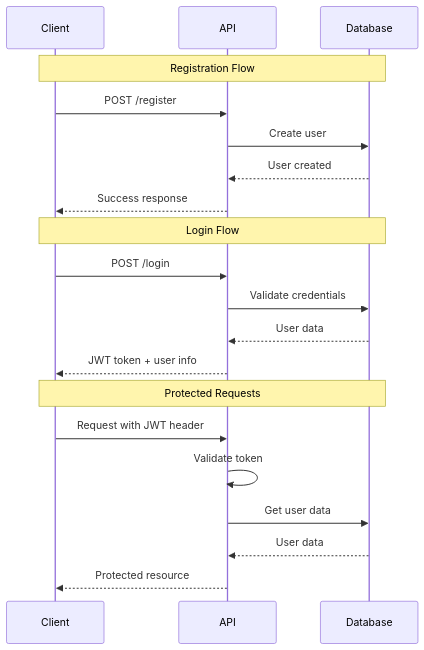
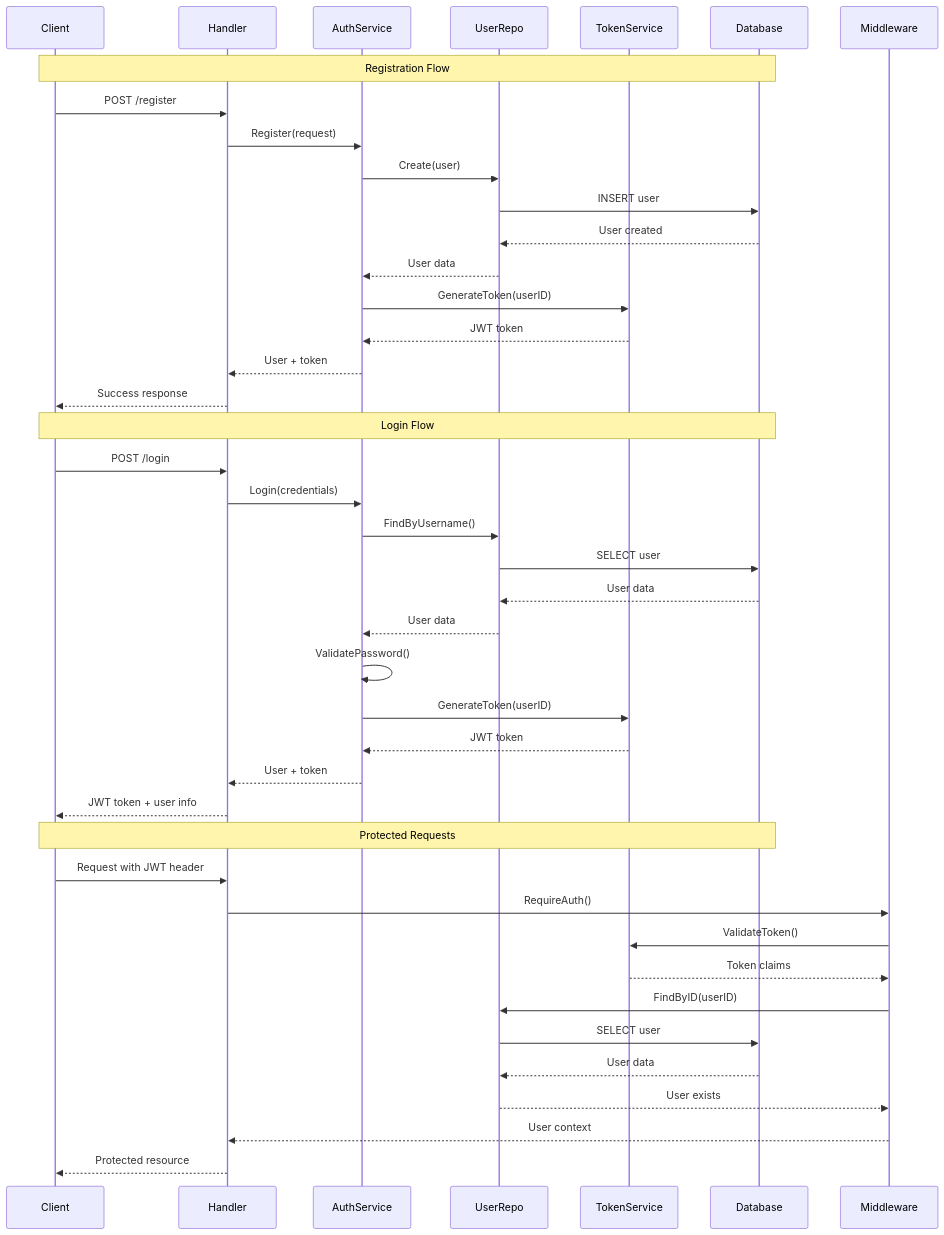
The diagram in docs/api/authentication.md (dnviti/web-app-CAA), drawn with Mermaid before and after one commit. The commit also changed other lines of this file and 38 other files, not shown here.

Commit message:
implemented jwt auth initial version and updated docs

````diff
--- a/docs/api/authentication.md
+++ b/docs/api/authentication.md
@@ -13,25 +31,46 @@
 ```mermaid
 sequenceDiagram
     participant Client
-    participant API
+    participant Handler
+    participant AuthService
+    participant UserRepo
+    participant TokenService
     participant Database
     
     Note over Client,Database: Registration Flow
-    Client->>API: POST /register
-    API->>Database: Create user
-    Database-->>API: User created
-    API-->>Client: Success response
+    Client->>Handler: POST /register
+    Handler->>AuthService: Register(request)
+    AuthService->>UserRepo: Create(user)
+    UserRepo->>Database: INSERT user
+    Database-->>UserRepo: User created
+    UserRepo-->>AuthService: User data
+    AuthService->>TokenService: GenerateToken(userID)
+    TokenService-->>AuthService: JWT token
+    AuthService-->>Handler: User + token
+    Handler-->>Client: Success response
     
     Note over Client,Database: Login Flow  
-    Client->>API: POST /login
-    API->>Database: Validate credentials
-    Database-->>API: User data
-    API-->>Client: JWT token + user info
+    Client->>Handler: POST /login
+    Handler->>AuthService: Login(credentials)
+    AuthService->>UserRepo: FindByUsername()
+    UserRepo->>Database: SELECT user
+    Database-->>UserRepo: User data
+    UserRepo-->>AuthService: User data
+    AuthService->>AuthService: ValidatePassword()
+    AuthService->>TokenService: GenerateToken(userID)
+    TokenService-->>AuthService: JWT token
+    AuthService-->>Handler: User + token
+    Handler-->>Client: JWT token + user info
     
     Note over Client,Database: Protected Requests
-    Client->>API: Request with JWT header
-    API->>API: Validate token
-    API->>Database: Get user data
-    Database-->>API: User data
-    API-->>Client: Protected resource
+    Client->>Handler: Request with JWT header
+    Handler->>Middleware: RequireAuth()
+    Middleware->>TokenService: ValidateToken()
+    TokenService-->>Middleware: Token claims
+    Middleware->>UserRepo: FindByID(userID)
+    UserRepo->>Database: SELECT user
+    Database-->>UserRepo: User data
+    UserRepo-->>Middleware: User exists
+    Middleware-->>Handler: User context
+    Handler-->>Client: Protected resource
 ```
````
